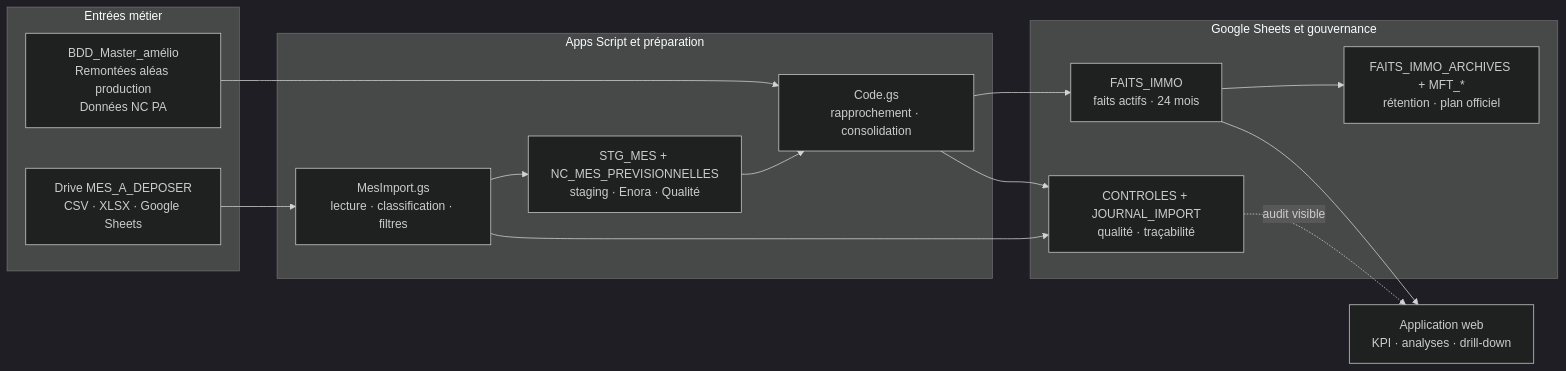
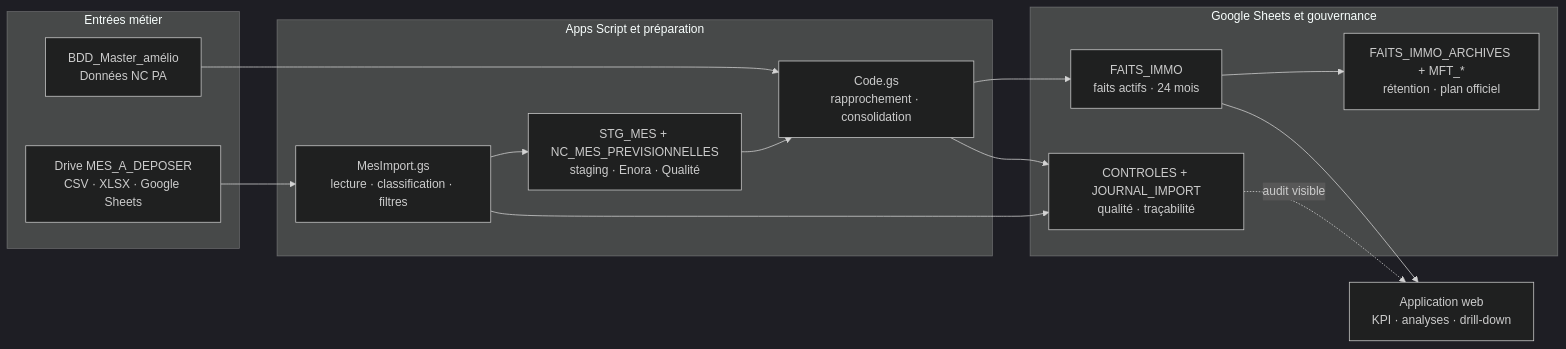
One commit to AtomCrtr/Dashboard-PA-TC changed the diagram in Dashboard Pilote Machine PA/docs/architecture/ARCHITECTURE-DATA-FLOW.md. Above: the diagram before and after it, drawn with Mermaid (dark theme). The commit also changed 20 other files, not shown here.

````diff
--- a/Dashboard Pilote Machine PA/docs/architecture/ARCHITECTURE-DATA-FLOW.md
+++ b/Dashboard Pilote Machine PA/docs/architecture/ARCHITECTURE-DATA-FLOW.md
@@ -11,29 +11,29 @@
 ```mermaid
 flowchart LR
   subgraph METIER["Entrées métier"]
-    SOURCES["BDD_Master_amélio<br/>Remontées aléas production<br/>Données NC PA"]
+    SOURCES["BDD_Master_amélio<br/>Données NC PA"]
     MES["Drive MES_A_DEPOSER<br/>CSV · XLSX · Google Sheets"]
   end
   subgraph PIPELINE["Apps Script et préparation"]
     IMPORT["MesImport.gs<br/>lecture · classification · filtres"]
     STG["STG_MES + NC_MES_PREVISIONNELLES<br/>staging · Enora · Qualité"]
     CONS["Code.gs<br/>rapprochement · consolidation"]
   end
   subgraph STOCKAGE["Google Sheets et gouvernance"]
     CTRL["CONTROLES + JOURNAL_IMPORT<br/>qualité · traçabilité"]
     FACTS["FAITS_IMMO<br/>faits actifs · 24 mois"]
     ARCHIVE["FAITS_IMMO_ARCHIVES + MFT_*<br/>rétention · plan officiel"]
   end
   DASH["Application web<br/>KPI · analyses · drill-down"]
 
   SOURCES --> CONS
   MES --> IMPORT
   IMPORT --> STG
   IMPORT --> CTRL
   STG --> CONS
   CONS --> FACTS
   CONS --> CTRL
   FACTS --> ARCHIVE
   FACTS --> DASH
   CTRL -. "audit visible" .-> DASH
 ```
````
